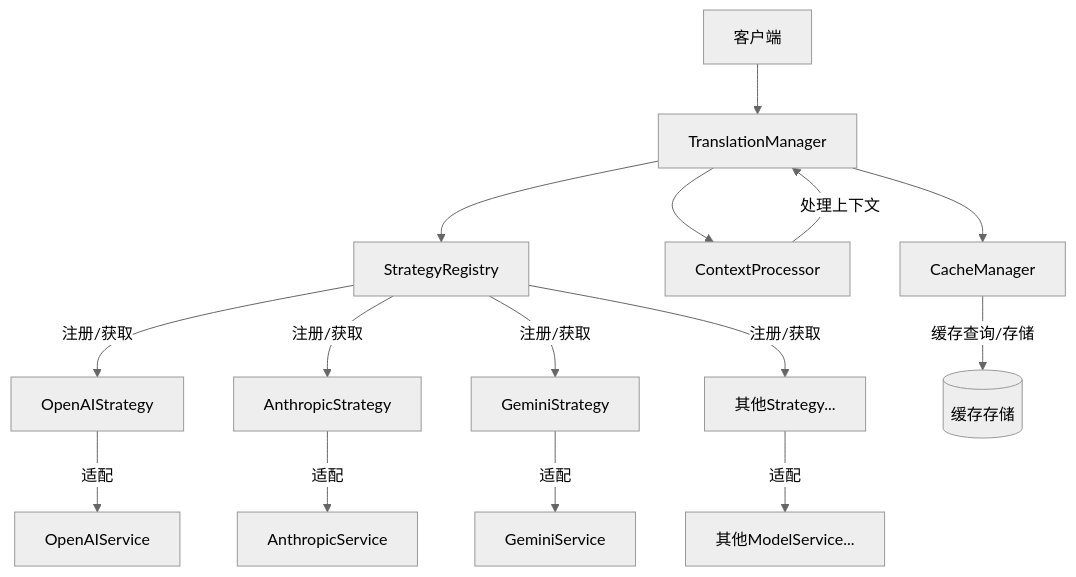
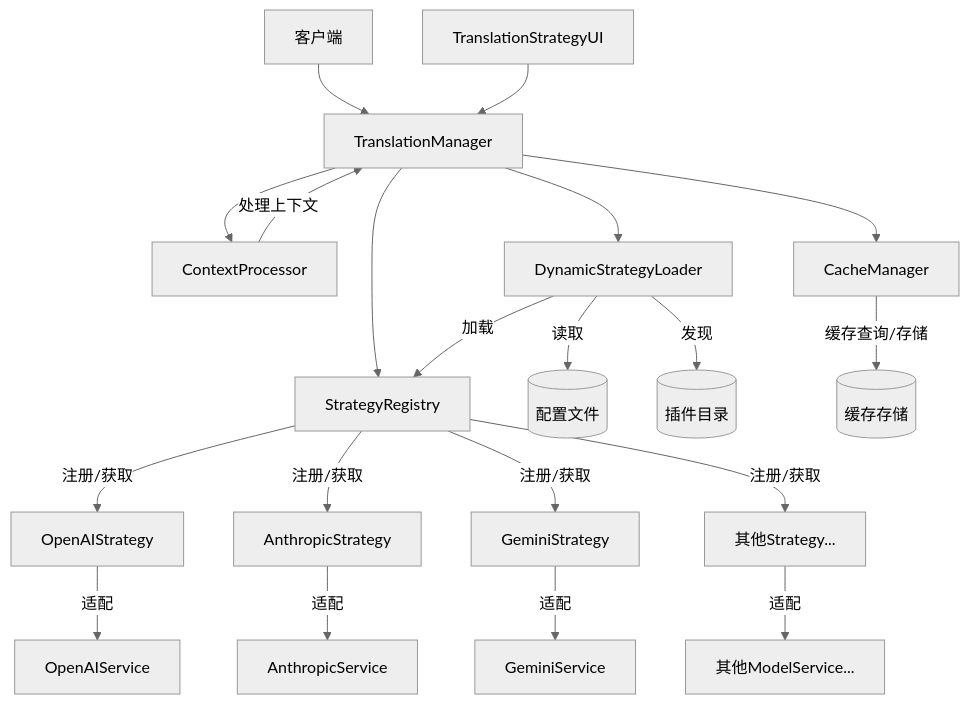
One commit to double2tea/AudioTranslator changed the diagram in docs/4_translation_strategy_service_plan.md. Above: the diagram before and after it, drawn with Mermaid (neutral theme). The commit also changed other lines of this file and 11 other files, not shown here.

````diff
--- a/docs/4_translation_strategy_service_plan.md
+++ b/docs/4_translation_strategy_service_plan.md
@@ -75,17 +78,22 @@
 ```mermaid
 graph TD
     Client[客户端] --> TM[TranslationManager]
     TM --> SR[StrategyRegistry]
     TM --> CP[ContextProcessor]
     TM --> CM[CacheManager]
+    TM --> DSL[DynamicStrategyLoader]
     SR --> |注册/获取| S1[OpenAIStrategy]
     SR --> |注册/获取| S2[AnthropicStrategy]
     SR --> |注册/获取| S3[GeminiStrategy]
     SR --> |注册/获取| S4[其他Strategy...]
+    DSL --> |加载| SR
+    DSL --> |读取| CFG[(配置文件)]
+    DSL --> |发现| PLG[(插件目录)]
     S1 --> |适配| MS1[OpenAIService]
     S2 --> |适配| MS2[AnthropicService]
     S3 --> |适配| MS3[GeminiService]
     S4 --> |适配| MS4[其他ModelService...]
     CM --> |缓存查询/存储| DB[(缓存存储)]
     CP --> |处理上下文| TM
+    UI[TranslationStrategyUI] --> TM
 ```
````
